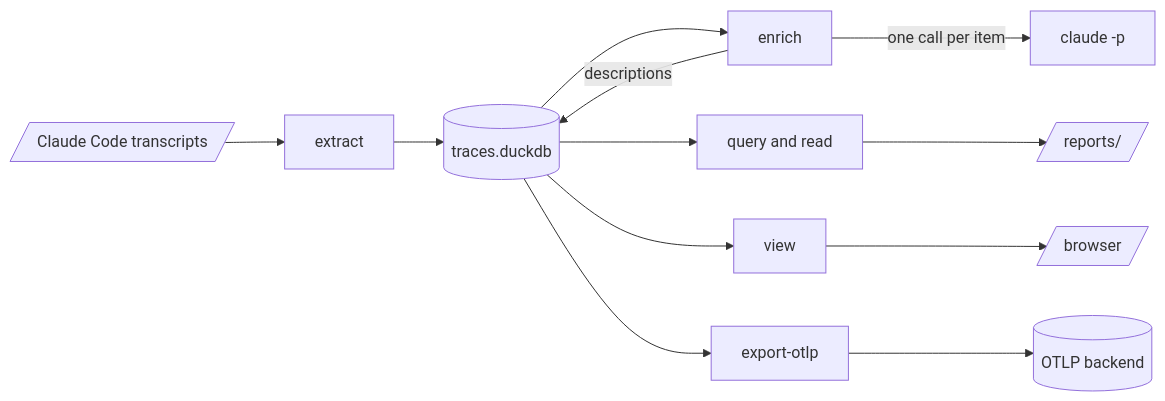
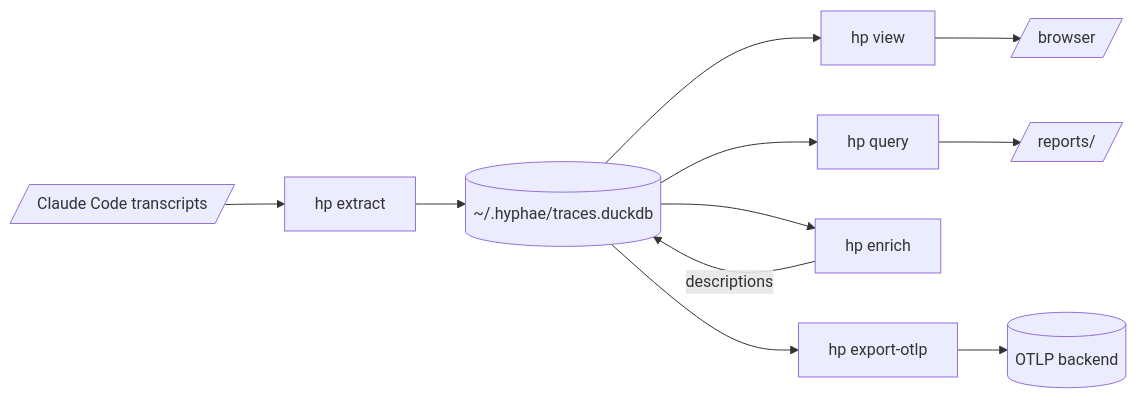
One commit to nathanielobrown/hyphae changed the diagram in README.md. Above: the diagram before and after it, drawn with Mermaid. The commit also changed other lines of this file and 1 other file, not shown here.

````diff
--- a/README.md
+++ b/README.md
@@ -17,14 +5,9 @@
 ```mermaid
 flowchart LR
-    transcripts[/"Claude Code transcripts"/] --> extract["extract"]
-    extract --> store[("traces.duckdb")]
-    store --> enrich["enrich"]
-    enrich -->|"one call per item"| claude_cli["claude -p"]
-    enrich -->|"descriptions"| store
-    store --> analyze["query and read"]
-    analyze --> reports[/"reports/"/]
-    store --> view["view"]
-    view --> browser[/"browser"/]
-    store --> export_otlp["export-otlp"]
-    export_otlp --> backend[("OTLP backend")]
+    transcripts[/"Claude Code transcripts"/] --> extract["hp extract"]
+    extract --> store[("~/.hyphae/traces.duckdb")]
+    store --> view["hp view"] --> browser[/"browser"/]
+    store --> query["hp query"] --> reports[/"reports/"/]
+    store --> enrich["hp enrich"] -->|"descriptions"| store
+    store --> export_otlp["hp export-otlp"] --> backend[("OTLP backend")]
 ```
````
